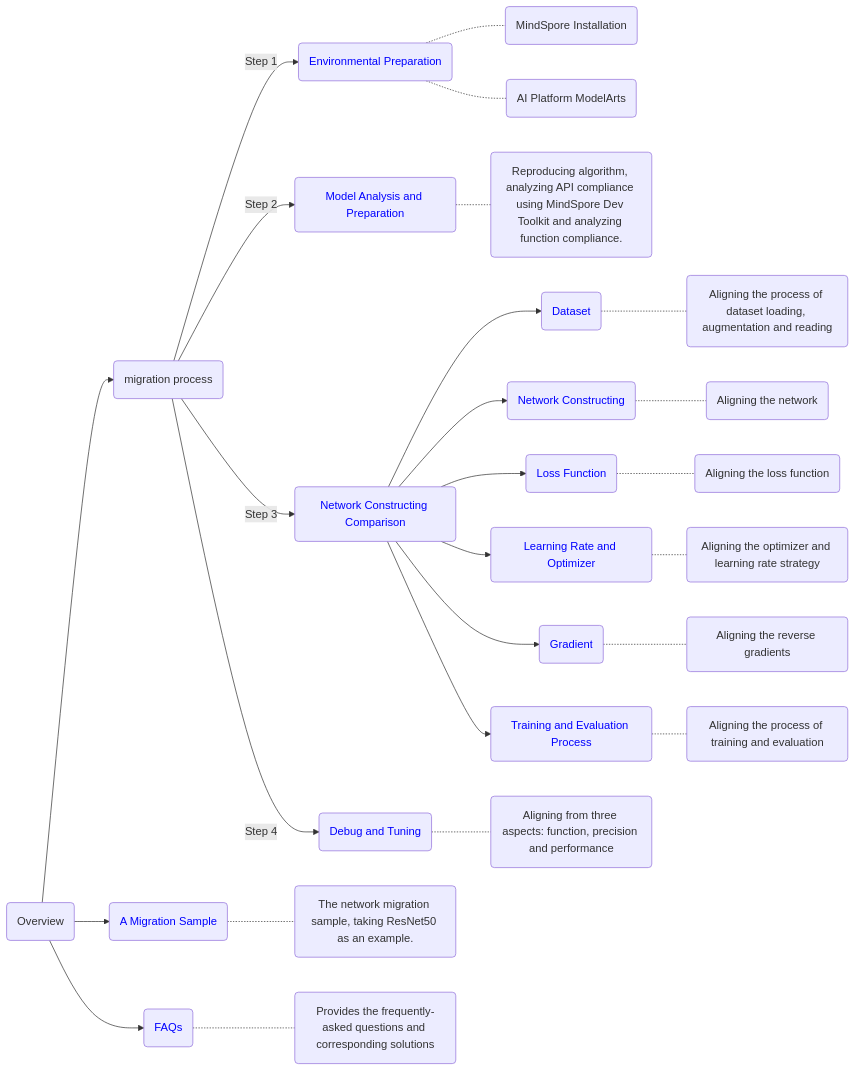
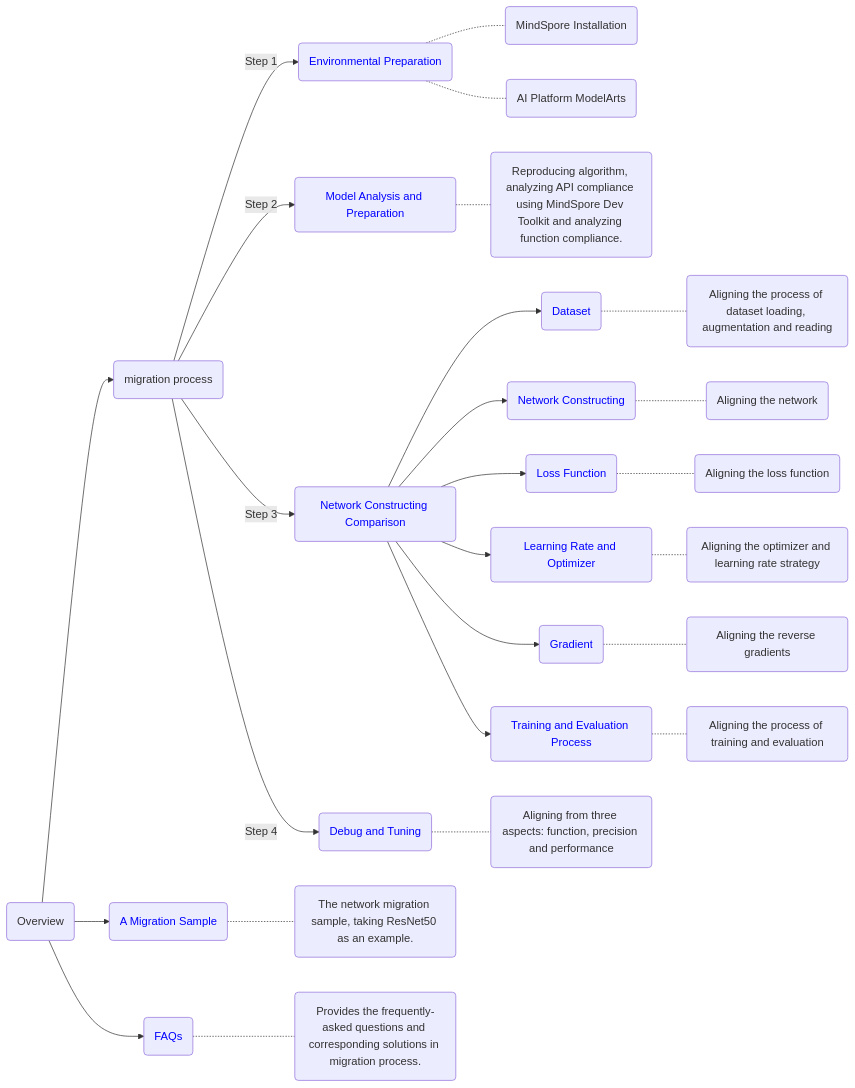
Before and after one commit to mindspore-ai/docs: the diagram in docs/mindspore/source_en/migration_guide/overview.md, drawn with Mermaid. The commit also changed 10 other files, not shown here.

````diff
--- a/docs/mindspore/source_en/migration_guide/overview.md
+++ b/docs/mindspore/source_en/migration_guide/overview.md
@@ -7,43 +7,43 @@
 ```{mermaid}
 graph LR
 A(Overview)-->B(migration process)
 B-->|Step 1|E(<font color=blue>Environmental Preparation</font>)
 E-.-text1(MindSpore Installation)
 E-.-text2(AI Platform ModelArts)
 B-->|Step 2|F(<font color=blue>Model Analysis and Preparation</font>)
 F-.-text3(Reproducing algorithm, analyzing API compliance using MindSpore Dev Toolkit and analyzing function compliance.)
 B-->|Step 3|G(<font color=blue>Network Constructing Comparison</font>)
 G-->I(<font color=blue>Dataset</font>)
 I-.-text4(Aligning the process of dataset loading, augmentation and reading)
 G-->J(<font color=blue>Network Constructing</font>)
 J-.-text5(Aligning the network)
 G-->N(<font color=blue>Loss Function</font>)
 N-.-text6(Aligning the loss function)
 G-->K(<font color=blue>Learning Rate and Optimizer</font>)
 K-.-text7(Aligning the optimizer and learning rate strategy)
 G-->L(<font color=blue>Gradient</font>)
 L-.-text8(Aligning the reverse gradients)
 G-->M(<font color=blue>Training and Evaluation Process</font>)
 M-.-text9(Aligning the process of training and evaluation)
 B-->|Step 4|H(<font color=blue>Debug and Tuning</font>)
 H-.-text10(Aligning from three aspects: function, precision and performance)
 A-->C(<font color=blue>A Migration Sample</font>)
 C-.-text11(The network migration sample, taking ResNet50 as an example.)
 A-->D(<font color=blue>FAQs</font>)
-D-.-text12(Provides the frequently-asked questions and corresponding solutions)
+D-.-text12(Provides the frequently-asked questions and corresponding solutions in migration process.)
 
 click C "https://www.mindspore.cn/docs/en/r2.3/migration_guide/sample_code.html"
 click D "https://www.mindspore.cn/docs/en/r2.3/migration_guide/faq.html"
 
 click E "https://www.mindspore.cn/docs/en/r2.3/migration_guide/enveriment_preparation.html"
 click F "https://www.mindspore.cn/docs/en/r2.3/migration_guide/analysis_and_preparation.html"
 click G "https://www.mindspore.cn/docs/en/r2.3/migration_guide/model_development/model_development.html"
 click H "https://www.mindspore.cn/docs/en/r2.3/migration_guide/debug_and_tune.html"
 
 click I "https://www.mindspore.cn/docs/en/r2.3/migration_guide/model_development/dataset.html"
 click J "https://www.mindspore.cn/docs/en/r2.3/migration_guide/model_development/model_and_cell.html"
 click K "https://www.mindspore.cn/docs/en/r2.3/migration_guide/model_development/learning_rate_and_optimizer.html"
 click L "https://www.mindspore.cn/docs/en/r2.3/migration_guide/model_development/gradient.html"
 click M "https://www.mindspore.cn/docs/en/r2.3/migration_guide/model_development/training_and_evaluation.html"
 click N "https://www.mindspore.cn/docs/en/r2.3/migration_guide/model_development/loss_function.html"
 ```
````
